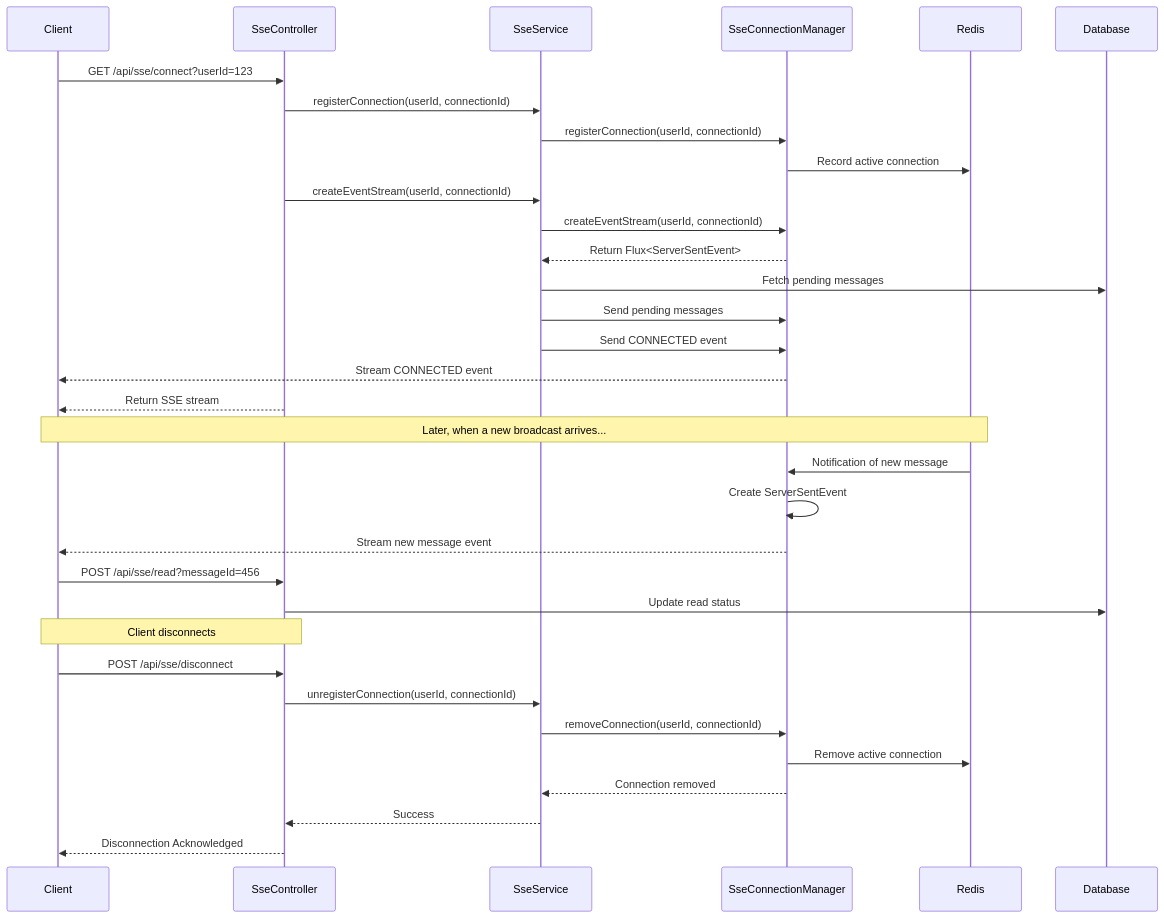
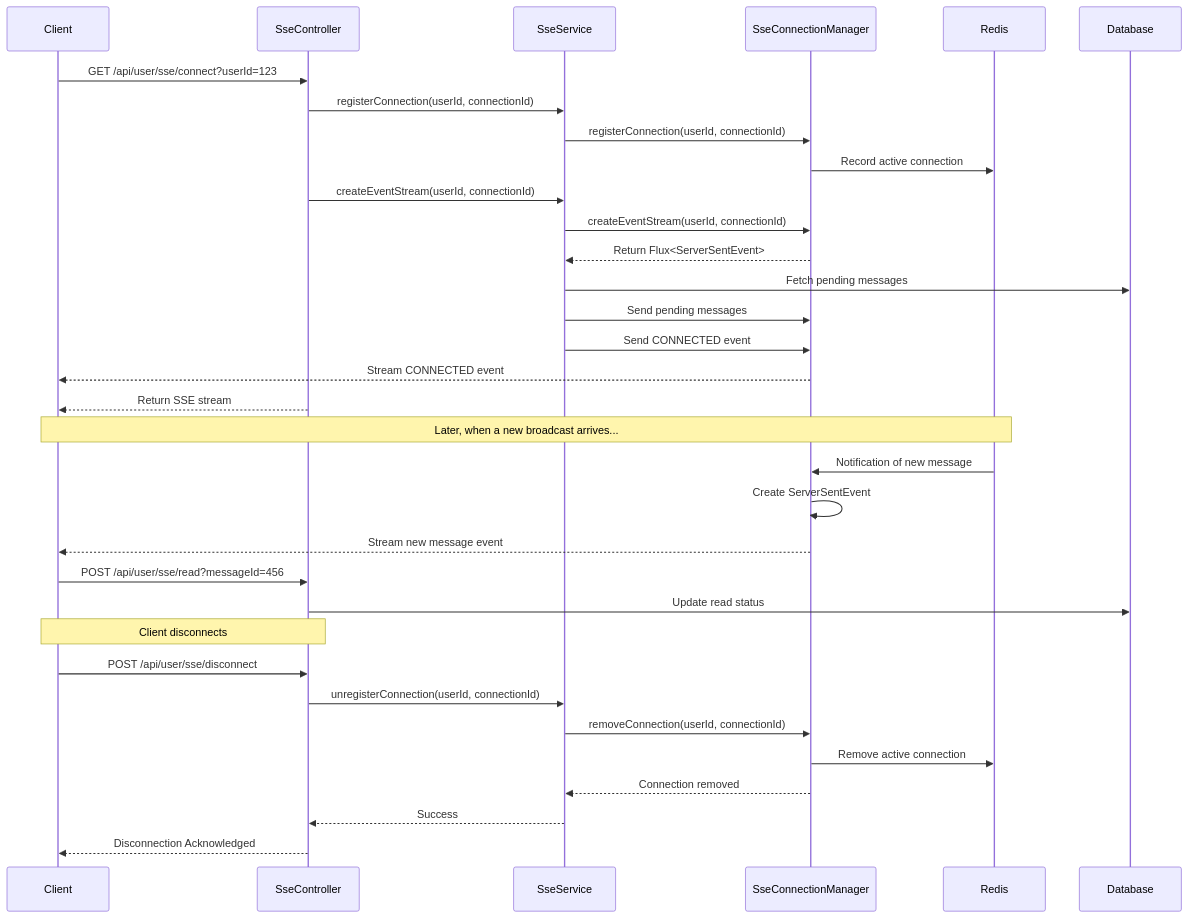
One commit to rsrini7/Notification-SSE-GLM-Flux changed the diagram in broadcast-microservice/docs/02_server_sent_events.md. Above: the diagram before and after it, drawn with Mermaid. The commit also changed other lines of this file and 19 other files, not shown here.

First line of the commit message:
refactor(sse): update SSE endpoint paths to include '/user' prefix

````diff
--- a/broadcast-microservice/docs/02_server_sent_events.md
+++ b/broadcast-microservice/docs/02_server_sent_events.md
@@ -88,41 +88,41 @@
 ```mermaid
 sequenceDiagram
     participant Client
     participant SseController
     participant SseService
     participant SseConnectionManager
     participant Redis
     participant Database
 
-    Client->>SseController: GET /api/sse/connect?userId=123
+    Client->>SseController: GET /api/user/sse/connect?userId=123
     SseController->>SseService: registerConnection(userId, connectionId)
     SseService->>SseConnectionManager: registerConnection(userId, connectionId)
     SseConnectionManager->>Redis: Record active connection
     SseController->>SseService: createEventStream(userId, connectionId)
     SseService->>SseConnectionManager: createEventStream(userId, connectionId)
     SseConnectionManager-->>SseService: Return Flux<ServerSentEvent>
     SseService->>Database: Fetch pending messages
     SseService->>SseConnectionManager: Send pending messages
     SseService->>SseConnectionManager: Send CONNECTED event
     SseConnectionManager-->>Client: Stream CONNECTED event
     SseController-->>Client: Return SSE stream
     
     Note over Client,Redis: Later, when a new broadcast arrives...
     
     Redis->>SseConnectionManager: Notification of new message
     SseConnectionManager->>SseConnectionManager: Create ServerSentEvent
     SseConnectionManager-->>Client: Stream new message event
 
-    Client->>SseController: POST /api/sse/read?messageId=456
+    Client->>SseController: POST /api/user/sse/read?messageId=456
     SseController->>Database: Update read status
 
     Note over Client,SseController: Client disconnects
 
-    Client->>SseController: POST /api/sse/disconnect
+    Client->>SseController: POST /api/user/sse/disconnect
     SseController->>SseService: unregisterConnection(userId, connectionId)
     SseService->>SseConnectionManager: removeConnection(userId, connectionId)
     SseConnectionManager->>Redis: Remove active connection
     SseConnectionManager-->>SseService: Connection removed
     SseService-->>SseController: Success
     SseController-->>Client: Disconnection Acknowledged
 ```
````
